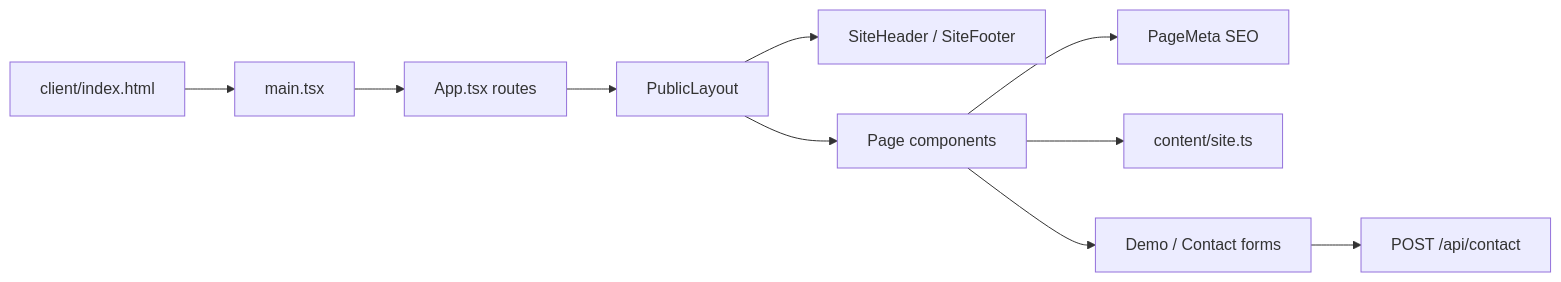
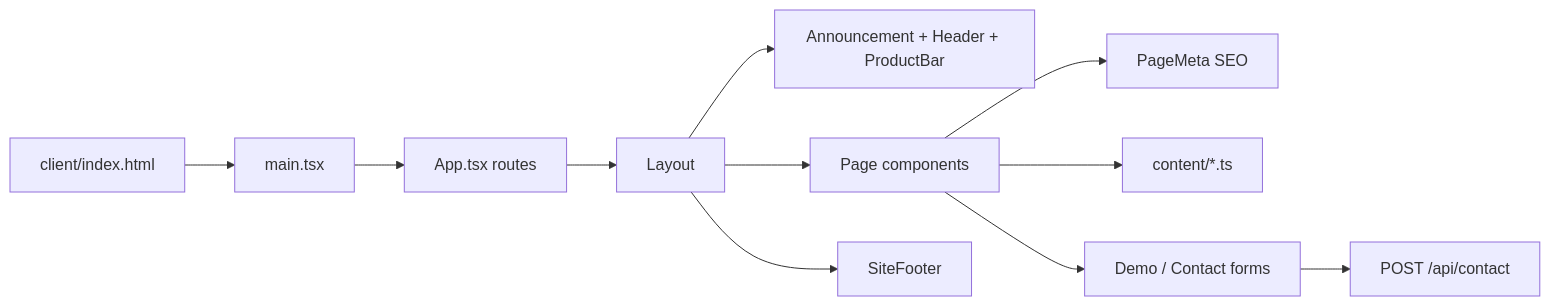
One commit to Apporine/relyxus-website changed the second of 8 diagrams in README.md. Above: the diagram before and after it, drawn with Mermaid. The commit also changed other lines of this file, not shown here.

First line of the commit message:
Update README for Plum & Lime site, company founders, and current routes.

````diff
--- a/README.md
+++ b/README.md
@@ -134,12 +188,13 @@
 ```mermaid
 flowchart LR
   A[client/index.html] --> B[main.tsx]
   B --> C[App.tsx routes]
-  C --> D[PublicLayout]
-  D --> E[SiteHeader / SiteFooter]
+  C --> D[Layout]
+  D --> E[Announcement + Header + ProductBar]
   D --> F[Page components]
-  F --> G[PageMeta SEO]
-  F --> H[content/site.ts]
-  F --> I[Demo / Contact forms]
-  I --> J[POST /api/contact]
+  D --> G[SiteFooter]
+  F --> H[PageMeta SEO]
+  F --> I[content/*.ts]
+  F --> J[Demo / Contact forms]
+  J --> K[POST /api/contact]
 ```
````
